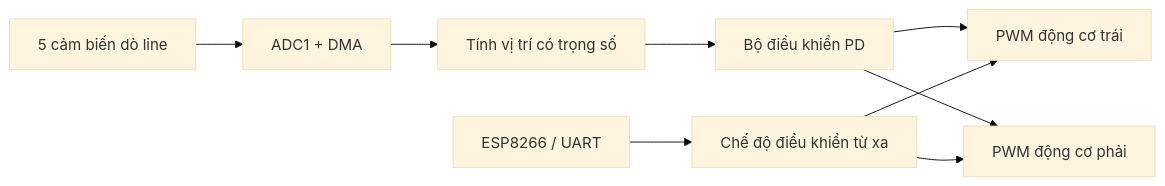
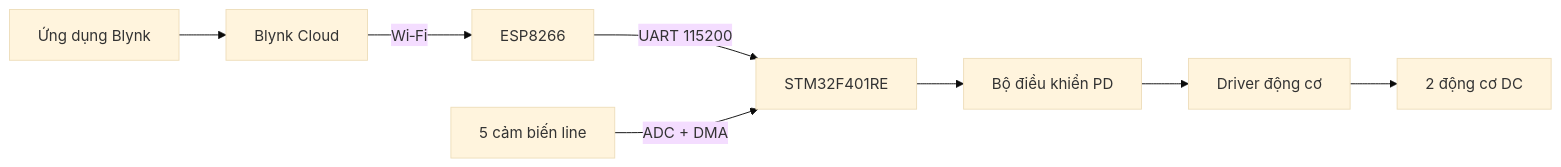
One commit to hoangtran2508/stm32-linefollowingrobot changed the diagram in README.md. Above: the diagram before and after it, drawn with Mermaid (base theme). The commit also changed other lines of this file, not shown here.

````diff
--- a/README.md
+++ b/README.md
@@ -35,11 +38,10 @@
 ```mermaid
 flowchart LR
-    A["5 cảm biến dò line"] --> B["ADC1 + DMA"]
-    B --> C["Tính vị trí có trọng số"]
-    C --> D["Bộ điều khiển PD"]
-    D --> E["PWM động cơ trái"]
-    D --> F["PWM động cơ phải"]
-    G["ESP8266 / UART"] --> H["Chế độ điều khiển từ xa"]
-    H --> E
-    H --> F
+    APP["Ứng dụng Blynk"] --> CLOUD["Blynk Cloud"]
+    CLOUD -->|"Wi‑Fi"| ESP["ESP8266"]
+    ESP -->|"UART 115200"| STM["STM32F401RE"]
+    SENSORS["5 cảm biến line"] -->|"ADC + DMA"| STM
+    STM --> PD["Bộ điều khiển PD"]
+    PD --> DRIVER["Driver động cơ"]
+    DRIVER --> MOTORS["2 động cơ DC"]
 ```
````
